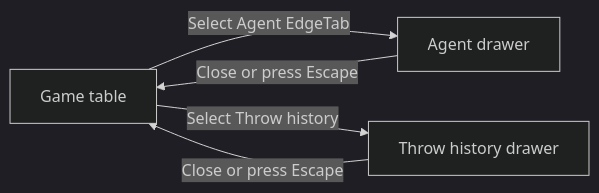
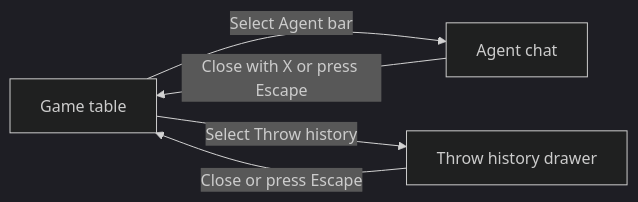
The first of 2 diagrams in docs/tasks/ai-provider-configuration/ux.md (Mighty683/rpg-engine), drawn with Mermaid (dark theme) before and after one commit. The commit also changed other lines of this file and 5 other files, not shown here.

Commit message:
Refine Agent chat prototype

````diff
--- a/docs/tasks/ai-provider-configuration/ux.md
+++ b/docs/tasks/ai-provider-configuration/ux.md
@@ -29,7 +30,7 @@
 ```mermaid
 flowchart LR
-    table[Game table] -->|Select Agent EdgeTab| agent[Agent drawer]
-    agent -->|Close or press Escape| table
+    table[Game table] -->|Select Agent bar| agent[Agent chat]
+    agent -->|Close with X or press Escape| table
     table -->|Select Throw history| history[Throw history drawer]
     history -->|Close or press Escape| table
 ```
````
